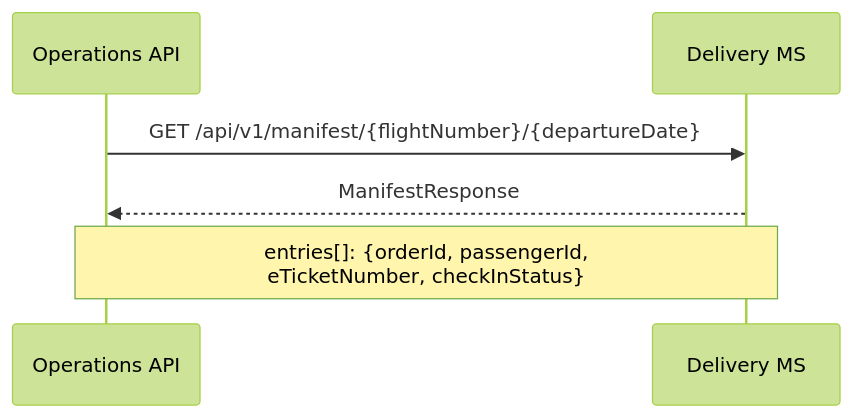
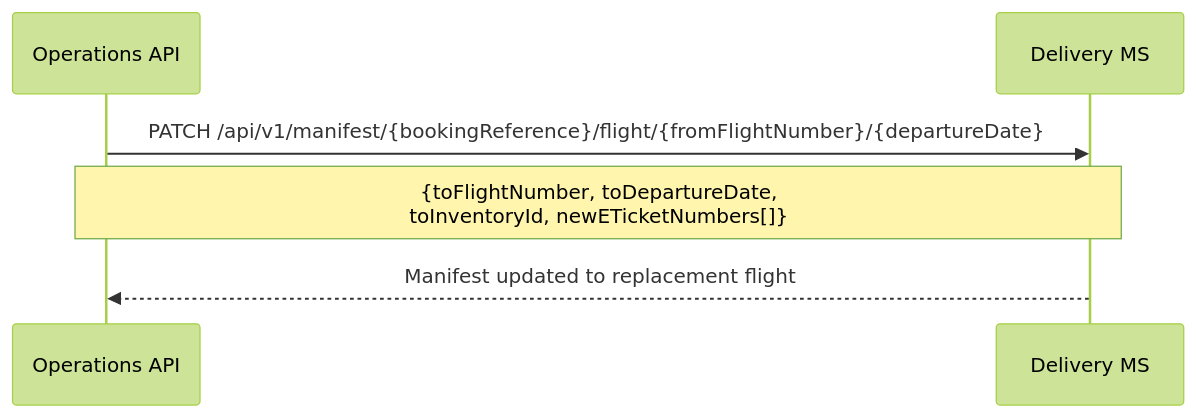
The ninth of 13 diagrams in documentation/sequences/delivery.md (sebharvey/airline-reservation-system), drawn with Mermaid (forest theme) before and after one commit. The commit also changed other lines of this file and 11 other files, not shown here.

````diff
--- a/documentation/sequences/delivery.md
+++ b/documentation/sequences/delivery.md
@@ -148,9 +172,9 @@
 ```mermaid
 sequenceDiagram
     participant OpsAPI as Operations API
     participant DeliveryMS as Delivery MS
 
-    OpsAPI->>DeliveryMS: GET /api/v1/manifest/{flightNumber}/{departureDate}
-    DeliveryMS-->>OpsAPI: ManifestResponse
-    Note over DeliveryMS,OpsAPI: entries[]: {orderId, passengerId,<br/>eTicketNumber, checkInStatus}
+    OpsAPI->>DeliveryMS: PATCH /api/v1/manifest/{bookingReference}/flight/{fromFlightNumber}/{departureDate}
+    Note over OpsAPI,DeliveryMS: {toFlightNumber, toDepartureDate,<br/>toInventoryId, newETicketNumbers[]}
+    DeliveryMS-->>OpsAPI: Manifest updated to replacement flight
 ```
````
